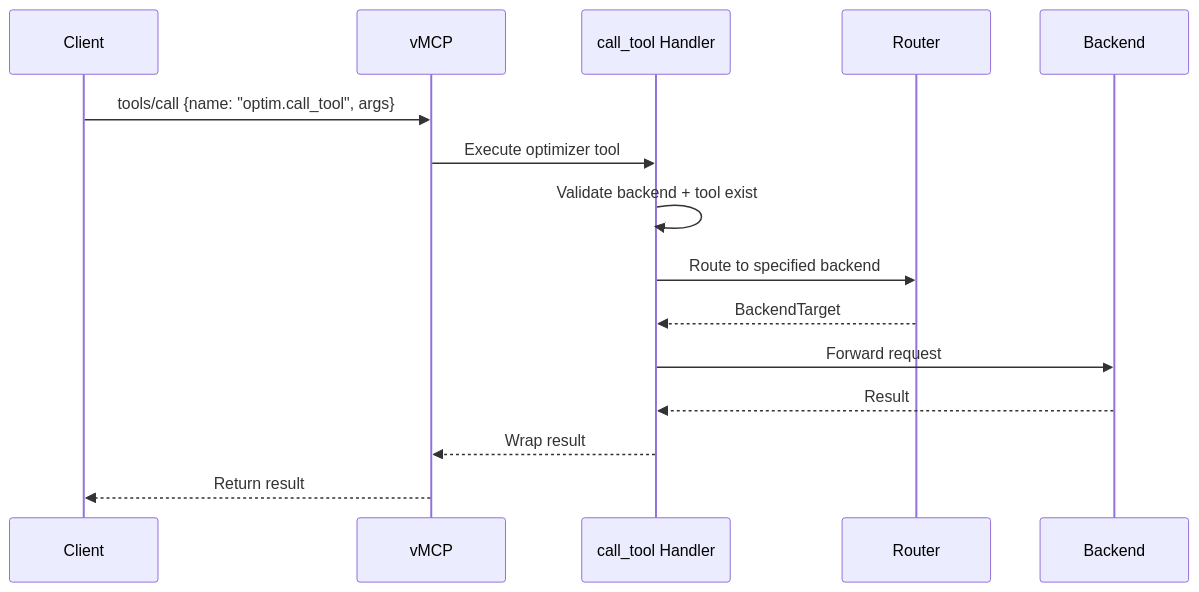
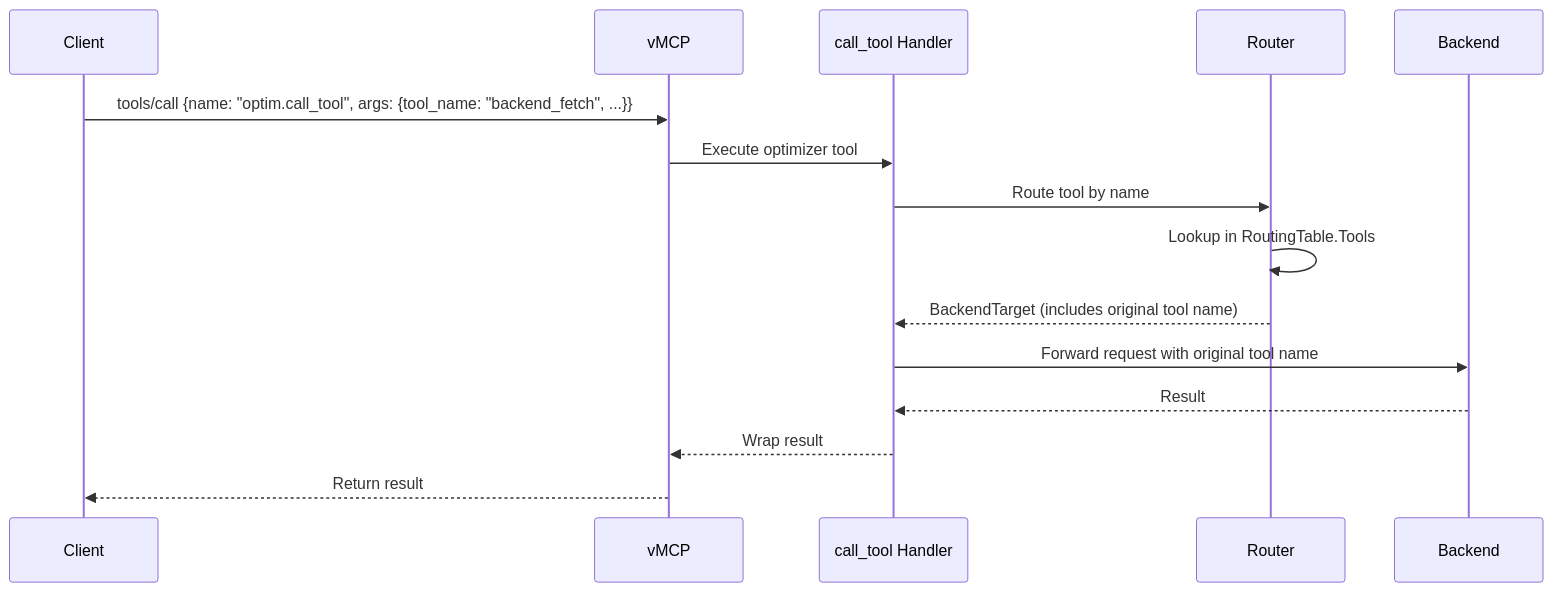
Before and after one commit to stacklok/toolhive-rfcs: the third of 3 diagrams in rfcs/THV-0022-optimizer-migration-to-vmcp.md, drawn with Mermaid. The commit also changed other lines of this file, not shown here.

````diff
--- a/rfcs/THV-0022-optimizer-migration-to-vmcp.md
+++ b/rfcs/THV-0022-optimizer-migration-to-vmcp.md
@@ -175,18 +176,18 @@
 ```mermaid
 sequenceDiagram
     participant C as Client
     participant V as vMCP
     participant CT as call_tool Handler
     participant R as Router
     participant B as Backend
 
-    C->>V: tools/call {name: "optim.call_tool", args}
+    C->>V: tools/call {name: "optim.call_tool", args: {tool_name: "backend_fetch", ...}}
     V->>CT: Execute optimizer tool
-    CT->>CT: Validate backend + tool exist
-    CT->>R: Route to specified backend
-    R-->>CT: BackendTarget
-    CT->>B: Forward request
+    CT->>R: Route tool by name
+    R->>R: Lookup in RoutingTable.Tools
+    R-->>CT: BackendTarget (includes original tool name)
+    CT->>B: Forward request with original tool name
     B-->>CT: Result
     CT-->>V: Wrap result
     V-->>C: Return result
 ```
````
